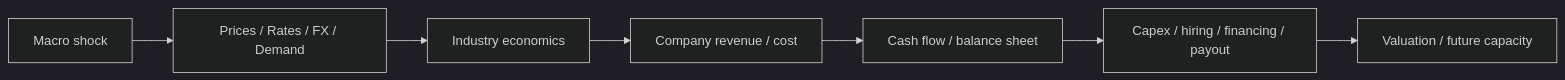
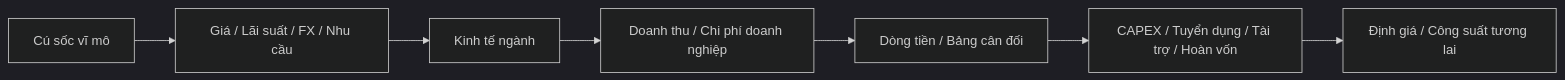
One commit to hunggtham/learning-docs changed the diagram in korea_business_economy_knowledge_library/21_economy_to_company_transmission.md. Above: the diagram before and after it, drawn with Mermaid (dark theme). The commit also changed other lines of this file, not shown here.

Commit message:
Vietnamize macro transmission explanations

````diff
--- a/korea_business_economy_knowledge_library/21_economy_to_company_transmission.md
+++ b/korea_business_economy_knowledge_library/21_economy_to_company_transmission.md
@@ -9,9 +9,9 @@
 ```mermaid
 graph LR
-    M[Macro shock] --> P[Prices / Rates / FX / Demand]
-    P --> I[Industry economics]
-    I --> C[Company revenue / cost]
-    C --> B[Cash flow / balance sheet]
-    B --> D[Capex / hiring / financing / payout]
-    D --> V[Valuation / future capacity]
+    M[Cú sốc vĩ mô] --> P[Giá / Lãi suất / FX / Nhu cầu]
+    P --> I[Kinh tế ngành]
+    I --> C[Doanh thu / Chi phí doanh nghiệp]
+    C --> B[Dòng tiền / Bảng cân đối]
+    B --> D[CAPEX / Tuyển dụng / Tài trợ / Hoàn vốn]
+    D --> V[Định giá / Công suất tương lai]
 ```
````
